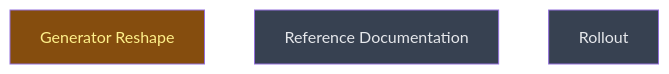
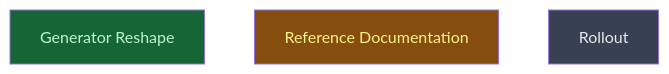
One commit to CrackingShells/cracking-shells-playbook changed the diagram in __roadmap__/agent_plugin_nest/generator/README.md. Above: the diagram before and after it, drawn with Mermaid. The commit also changed other lines of this file, not shown here.

First paragraph of the commit message:
chore(roadmap): generator_reshape done, reference_docs in progress
The reshape merged after three rounds: five implementation commits, then four
fix commits closing defects that adversarial verification proved rather than
argued.

````diff
--- a/__roadmap__/agent_plugin_nest/generator/README.md
+++ b/__roadmap__/agent_plugin_nest/generator/README.md
@@ -23,11 +23,11 @@
 ```mermaid
 graph TD
-    generator_reshape[Generator Reshape]:::inprogress
-    reference_docs[Reference Documentation]:::planned
+    generator_reshape[Generator Reshape]:::done
+    reference_docs[Reference Documentation]:::inprogress
     rollout[Rollout]:::planned
     classDef done       fill:#166534,color:#bbf7d0
     classDef inprogress fill:#854d0e,color:#fef08a
     classDef planned    fill:#374151,color:#e5e7eb
     classDef amendment  fill:#1e3a5f,color:#bfdbfe
     classDef blocked    fill:#7f1d1d,color:#fecaca
 ```
````
